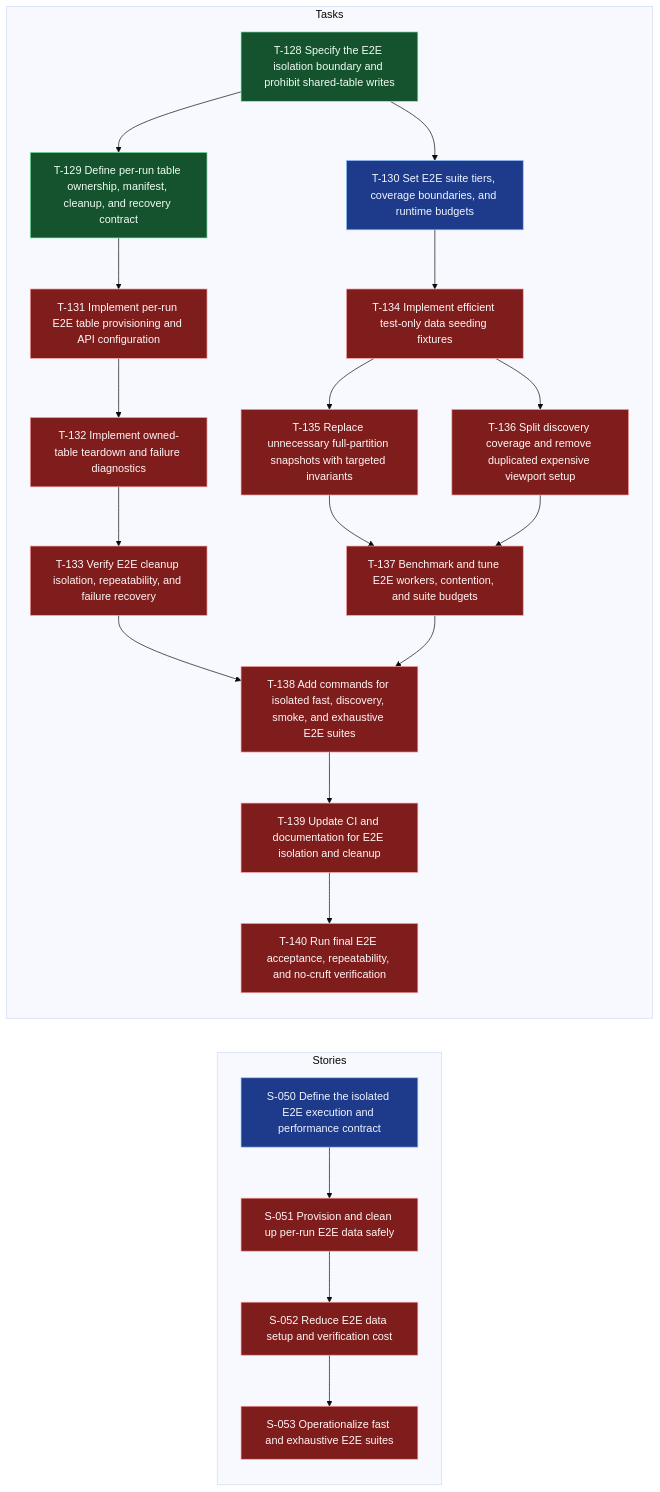
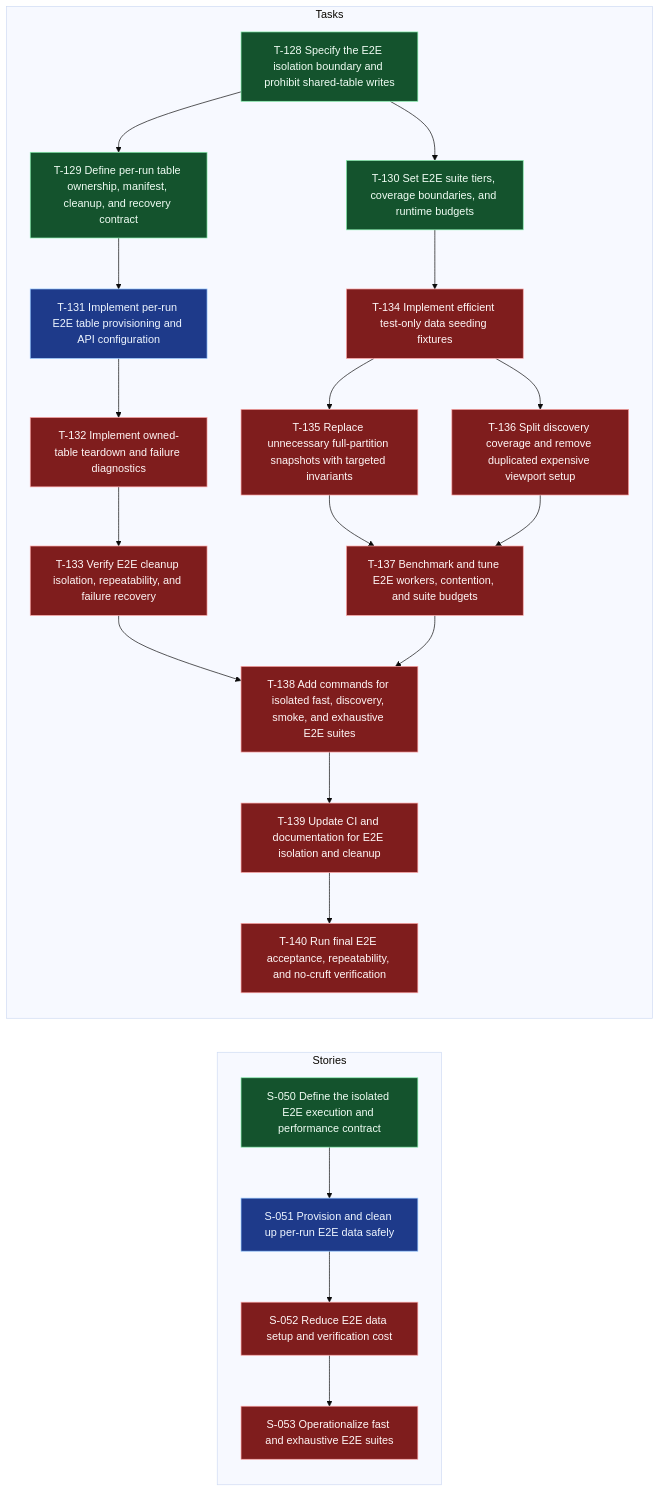
Before and after one commit to andybalham/invite-agent: the diagram in .worktracker/graphs/E-014.mmd, drawn with Mermaid (base theme). The commit also changed 10 other files, not shown here.

First line of the commit message:
feat: Implement T-130 suite contract and update related documentation

```diff
--- a/.worktracker/graphs/E-014.mmd
+++ b/.worktracker/graphs/E-014.mmd
@@ -1,61 +1,61 @@
 graph LR
   classDef done fill:#14532d,stroke:#86efac,color:#f0fdf4;
   classDef blocked fill:#7f1d1d,stroke:#fca5a5,color:#fff7f7;
   classDef inprogress fill:#78350f,stroke:#fbbf24,color:#fffbeb;
   classDef todo fill:#1e3a8a,stroke:#93c5fd,color:#eff6ff;
   classDef empty fill:#374151,stroke:#d1d5db,color:#f9fafb,stroke-dasharray: 3 3;
   subgraph Stories
-    S050["S-050 Define the isolated E2E execution and performance contract"]:::todo
-    S051["S-051 Provision and clean up per-run E2E data safely"]:::blocked
+    S050["S-050 Define the isolated E2E execution and performance contract"]:::done
+    S051["S-051 Provision and clean up per-run E2E data safely"]:::todo
     S052["S-052 Reduce E2E data setup and verification cost"]:::blocked
     S053["S-053 Operationalize fast and exhaustive E2E suites"]:::blocked
     S050 --> S051
     S051 --> S052
     S052 --> S053
   end
   subgraph Tasks
     T128["T-128 Specify the E2E isolation boundary and prohibit shared-table writes"]:::done
     T129["T-129 Define per-run table ownership, manifest, cleanup, and recovery contract"]:::done
-    T130["T-130 Set E2E suite tiers, coverage boundaries, and runtime budgets"]:::todo
-    T131["T-131 Implement per-run E2E table provisioning and API configuration"]:::blocked
+    T130["T-130 Set E2E suite tiers, coverage boundaries, and runtime budgets"]:::done
+    T131["T-131 Implement per-run E2E table provisioning and API configuration"]:::todo
     T132["T-132 Implement owned-table teardown and failure diagnostics"]:::blocked
     T133["T-133 Verify E2E cleanup isolation, repeatability, and failure recovery"]:::blocked
     T134["T-134 Implement efficient test-only data seeding fixtures"]:::blocked
     T135["T-135 Replace unnecessary full-partition snapshots with targeted invariants"]:::blocked
     T136["T-136 Split discovery coverage and remove duplicated expensive viewport setup"]:::blocked
     T137["T-137 Benchmark and tune E2E workers, contention, and suite budgets"]:::blocked
     T138["T-138 Add commands for isolated fast, discovery, smoke, and exhaustive E2E suites"]:::blocked
     T139["T-139 Update CI and documentation for E2E isolation and cleanup"]:::blocked
     T140["T-140 Run final E2E acceptance, repeatability, and no-cruft verification"]:::blocked
     T128 --> T129
     T128 --> T130
     T129 --> T131
     T130 --> T134
     T131 --> T132
     T132 --> T133
     T133 --> T138
     T134 --> T135
     T134 --> T136
     T135 --> T137
     T136 --> T137
     T137 --> T138
     T138 --> T139
     T139 --> T140
   end
   click S050 "../entities/S-050-define-the-isolated-e2e-execution-and-performance-contract.md"
   click S051 "../entities/S-051-provision-and-clean-up-per-run-e2e-data-safely.md"
   click S052 "../entities/S-052-reduce-e2e-data-setup-and-verification-cost.md"
   click S053 "../entities/S-053-operationalize-fast-and-exhaustive-e2e-suites.md"
   click T128 "../entities/T-128-specify-the-e2e-isolation-boundary-and-prohibit-shared-table-writes.md"
   click T129 "../entities/T-129-define-per-run-table-ownership-manifest-cleanup-and-recovery-contract.md"
   click T130 "../entities/T-130-set-e2e-suite-tiers-coverage-boundaries-and-runtime-budgets.md"
   click T131 "../entities/T-131-implement-per-run-e2e-table-provisioning-and-api-configuration.md"
   click T132 "../entities/T-132-implement-owned-table-teardown-and-failure-diagnostics.md"
   click T133 "../entities/T-133-verify-e2e-cleanup-isolation-repeatability-and-failure-recovery.md"
   click T134 "../entities/T-134-implement-efficient-test-only-data-seeding-fixtures.md"
   click T135 "../entities/T-135-replace-unnecessary-full-partition-snapshots-with-targeted-invariants.md"
   click T136 "../entities/T-136-split-discovery-coverage-and-remove-duplicated-expensive-viewport-setup.md"
   click T137 "../entities/T-137-benchmark-and-tune-e2e-workers-contention-and-suite-budgets.md"
   click T138 "../entities/T-138-add-commands-for-isolated-fast-discovery-smoke-and-exhaustive-e2e-suites.md"
   click T139 "../entities/T-139-update-ci-and-documentation-for-e2e-isolation-and-cleanup.md"
   click T140 "../entities/T-140-run-final-e2e-acceptance-repeatability-and-no-cruft-verification.md"
```
